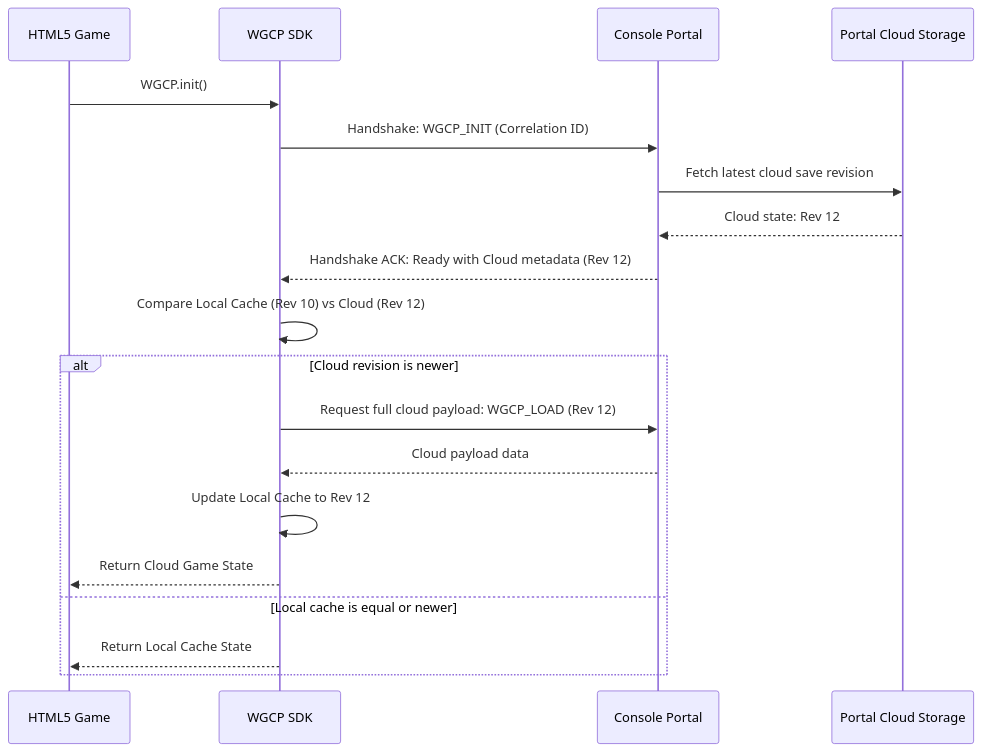
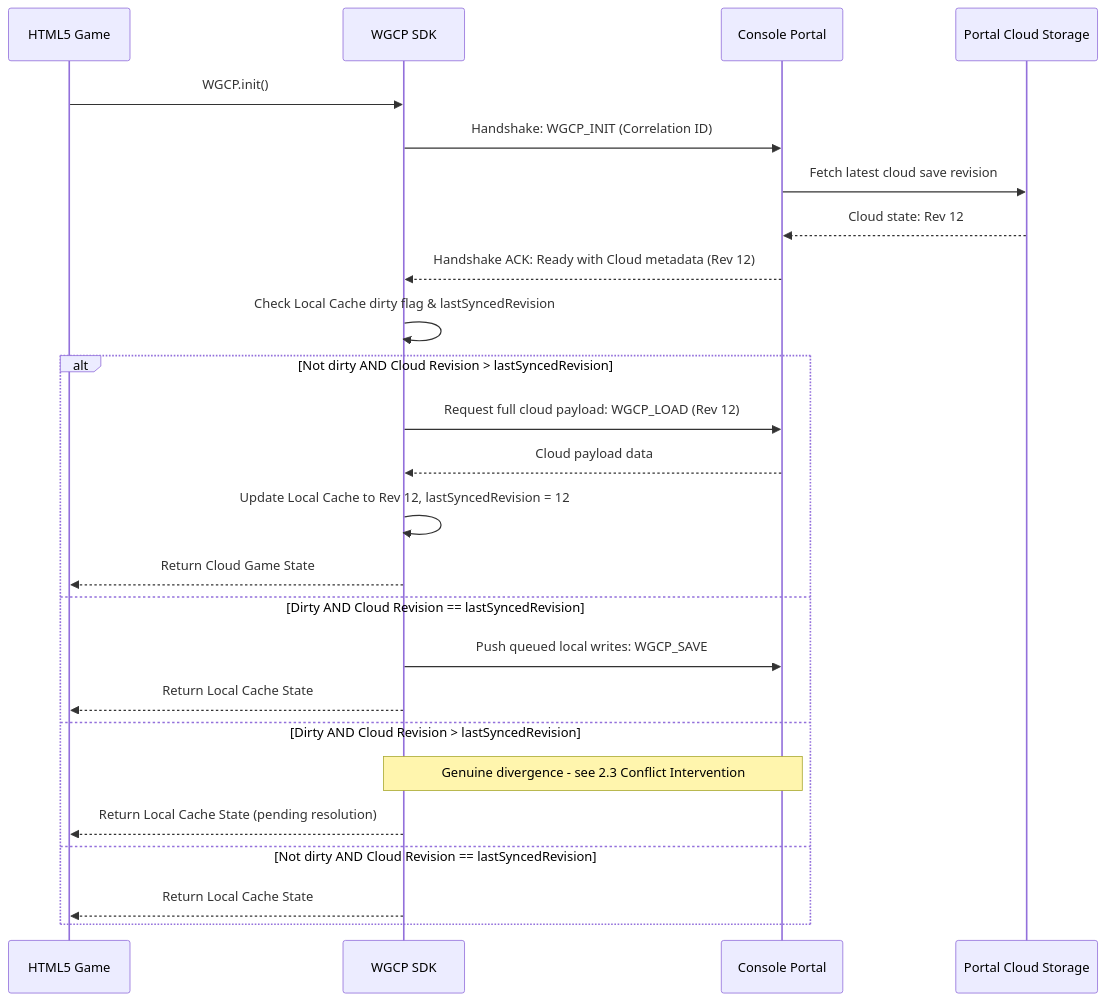
Before and after one commit to svijaykoushik/wgcp: the first of 2 diagrams in .agents/memory/proposals/P-002-game-sdk-storage-sync.md, drawn with Mermaid. The commit also changed other lines of this file and 6 other files, not shown here.

````diff
--- a/.agents/memory/proposals/P-002-game-sdk-storage-sync.md
+++ b/.agents/memory/proposals/P-002-game-sdk-storage-sync.md
@@ -73,23 +79,29 @@
 ```mermaid
 sequenceDiagram
     participant Game as HTML5 Game
     participant SDK as WGCP SDK
     participant Portal as Console Portal
     participant Cloud as Portal Cloud Storage
 
     Game->>SDK: WGCP.init()
     SDK->>Portal: Handshake: WGCP_INIT (Correlation ID)
     Portal->>Cloud: Fetch latest cloud save revision
     Cloud-->>Portal: Cloud state: Rev 12
     Portal-->>SDK: Handshake ACK: Ready with Cloud metadata (Rev 12)
-    
-    SDK->>SDK: Compare Local Cache (Rev 10) vs Cloud (Rev 12)
-    alt Cloud revision is newer
+
+    SDK->>SDK: Check Local Cache dirty flag & lastSyncedRevision
+    alt Not dirty AND Cloud Revision > lastSyncedRevision
         SDK->>Portal: Request full cloud payload: WGCP_LOAD (Rev 12)
         Portal-->>SDK: Cloud payload data
-        SDK->>SDK: Update Local Cache to Rev 12
+        SDK->>SDK: Update Local Cache to Rev 12, lastSyncedRevision = 12
         SDK-->>Game: Return Cloud Game State
-    else Local cache is equal or newer
+    else Dirty AND Cloud Revision == lastSyncedRevision
+        SDK->>Portal: Push queued local writes: WGCP_SAVE
+        SDK-->>Game: Return Local Cache State
+    else Dirty AND Cloud Revision > lastSyncedRevision
+        Note over SDK,Portal: Genuine divergence - see 2.3 Conflict Intervention
+        SDK-->>Game: Return Local Cache State (pending resolution)
+    else Not dirty AND Cloud Revision == lastSyncedRevision
         SDK-->>Game: Return Local Cache State
     end
 ```
````
